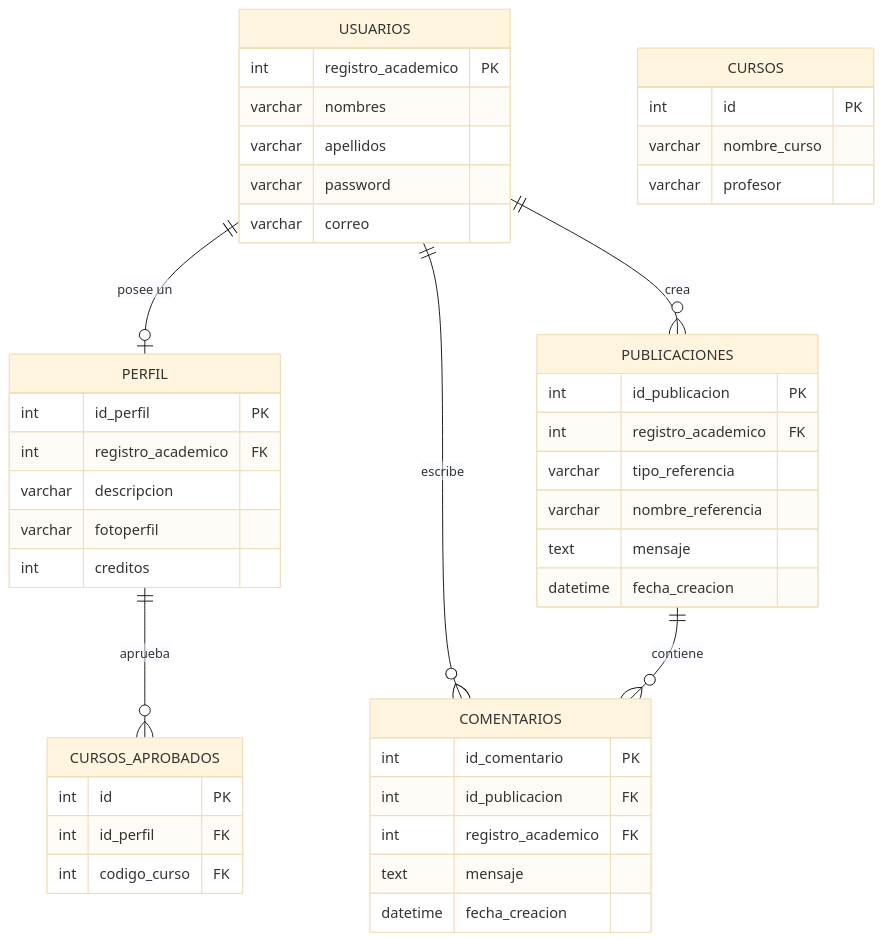
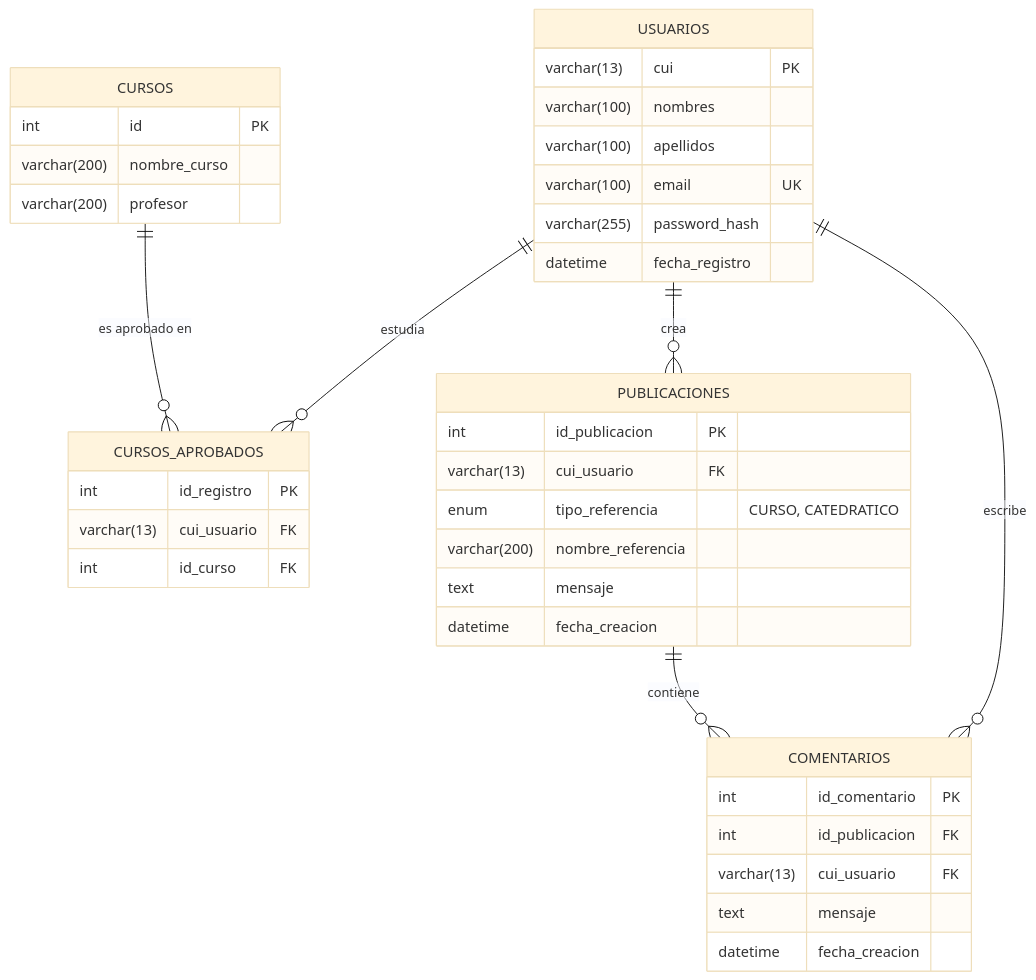
Before and after one commit to JaredGonzalezSa/ecys-review-platform: the second of 3 diagrams in documentacion/manual_tecnico.md, drawn with Mermaid (base theme). The commit also changed other lines of this file, not shown here.

Commit message:
docs: extender manual tecnico, arreglar diagrama ER y añadir snippets

````diff
--- a/documentacion/manual_tecnico.md
+++ b/documentacion/manual_tecnico.md
@@ -41,53 +57,46 @@
 ```mermaid
 erDiagram
     USUARIOS {
-        int registro_academico PK
-        varchar nombres
-        varchar apellidos
-        varchar password
-        varchar correo
+        varchar(13) cui PK
+        varchar(100) nombres
+        varchar(100) apellidos
+        varchar(100) email UK
+        varchar(255) password_hash
+        datetime fecha_registro
     }
     
-    PERFIL {
-        int id_perfil PK
-        int registro_academico FK
-        varchar descripcion
-        varchar fotoperfil
-        int creditos
-    }
-
     CURSOS {
         int id PK
-        varchar nombre_curso
-        varchar profesor
+        varchar(200) nombre_curso
+        varchar(200) profesor
     }
 
     CURSOS_APROBADOS {
-        int id PK
-        int id_perfil FK
-        int codigo_curso FK
+        int id_registro PK
+        varchar(13) cui_usuario FK
+        int id_curso FK
     }
 
     PUBLICACIONES {
         int id_publicacion PK
-        int registro_academico FK
-        varchar tipo_referencia
-        varchar nombre_referencia
+        varchar(13) cui_usuario FK
+        enum tipo_referencia "CURSO, CATEDRATICO"
+        varchar(200) nombre_referencia
         text mensaje
         datetime fecha_creacion
     }
 
     COMENTARIOS {
         int id_comentario PK
         int id_publicacion FK
-        int registro_academico FK
+        varchar(13) cui_usuario FK
         text mensaje
         datetime fecha_creacion
     }
 
-    USUARIOS ||--o| PERFIL : "posee un"
     USUARIOS ||--o{ PUBLICACIONES : "crea"
     USUARIOS ||--o{ COMENTARIOS : "escribe"
     PUBLICACIONES ||--o{ COMENTARIOS : "contiene"
-    PERFIL ||--o{ CURSOS_APROBADOS : "aprueba"
+    USUARIOS ||--o{ CURSOS_APROBADOS : "estudia"
+    CURSOS ||--o{ CURSOS_APROBADOS : "es aprobado en"
 ```
````
